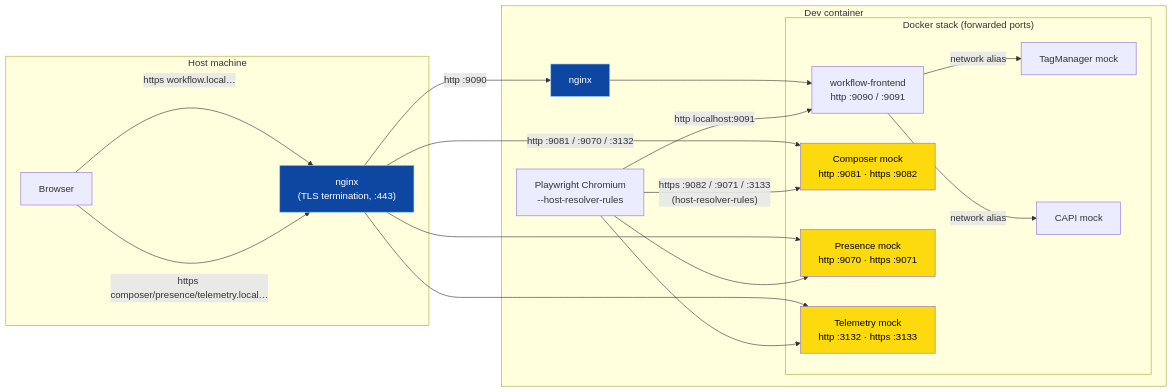
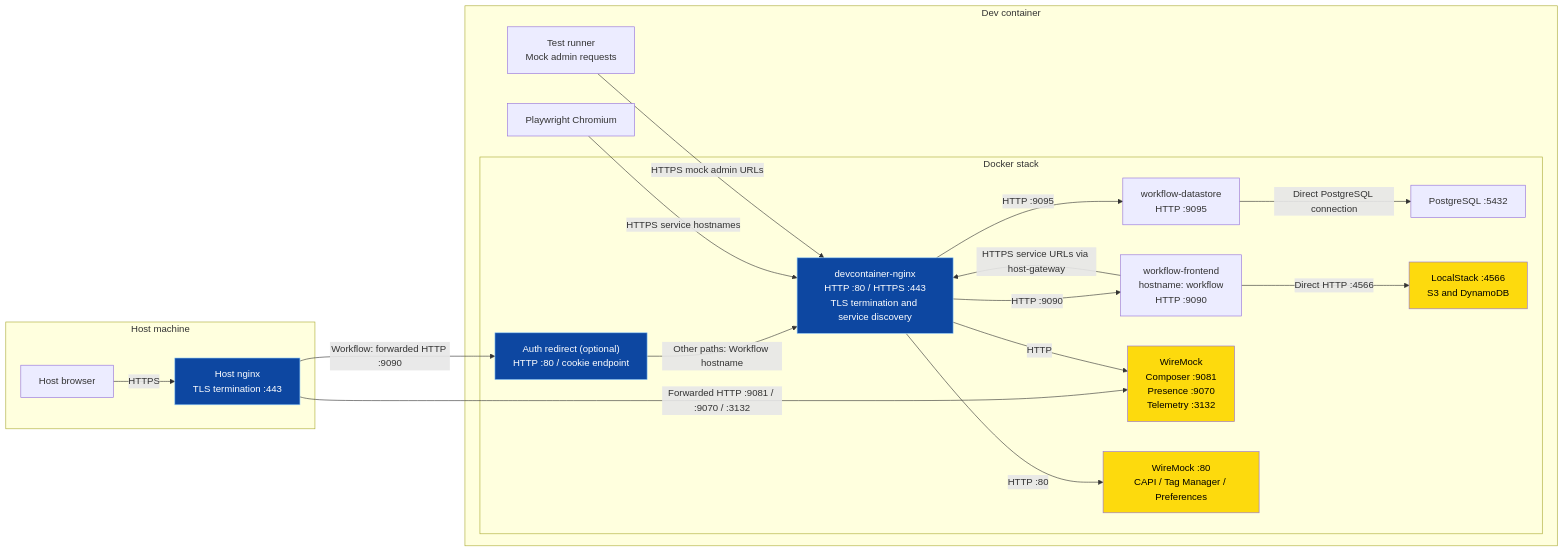
The diagram in e2e-tests/README.md (guardian/workflow-frontend), drawn with Mermaid before and after one commit. The commit also changed other lines of this file, not shown here.

````diff
--- a/e2e-tests/README.md
+++ b/e2e-tests/README.md
@@ -45,46 +52,44 @@
 ```mermaid
-graph LR
-    subgraph host["Host machine"]
-        HostBrowser["Browser"]
-        Nginx["nginx<br/>(TLS termination, :443)"]
+flowchart LR
+  subgraph host["Host machine"]
+    HostBrowser["Host browser"]
+    HostNginx["Host nginx<br/>TLS termination :443"]
+  end
+
+  subgraph devcontainer["Dev container"]
+    Chromium["Playwright Chromium"]
+    TestRunner["Test runner<br/>Mock admin requests"]
+
+    subgraph stack["Docker stack"]
+      Proxy["devcontainer-nginx<br/>HTTP :80 / HTTPS :443<br/>TLS termination and service discovery"]
+      Auth["Auth redirect (optional)<br/>HTTP :80 / cookie endpoint"]
+      Frontend["workflow-frontend<br/>hostname: workflow<br/>HTTP :9090"]
+      Datastore["workflow-datastore<br/>HTTP :9095"]
+      BrowserMocks["WireMock<br/>Composer :9081<br/>Presence :9070<br/>Telemetry :3132"]
+      ServiceMocks["WireMock :80<br/>CAPI / Tag Manager / Preferences"]
+      Postgres["PostgreSQL :5432"]
+      LocalStack["LocalStack :4566<br/>S3 and DynamoDB"]
     end
+  end
 
-    subgraph devcontainer["Dev container"]
-        Chromium["Playwright Chromium<br/>--host-resolver-rules"]
+  HostBrowser -->|"HTTPS"| HostNginx
+  HostNginx -->|"Workflow: forwarded HTTP :9090"| Auth
+  Auth -->|"Other paths: Workflow hostname"| Proxy
+  HostNginx -->|"Forwarded HTTP :9081 / :9070 / :3132"| BrowserMocks
 
-        NginxDocker["nginx"]
+  Chromium -->|"HTTPS service hostnames"| Proxy
+  TestRunner -->|"HTTPS mock admin URLs"| Proxy
+  Proxy -->|"HTTP :9090"| Frontend
+  Proxy -->|"HTTP :9095"| Datastore
+  Proxy -->|"HTTP"| BrowserMocks
+  Proxy -->|"HTTP :80"| ServiceMocks
 
-        subgraph stack["Docker stack (forwarded ports)"]
-            Frontend["workflow-frontend<br/>http :9090 / :9091"]
-            Composer["Composer mock<br/>http :9081 · https :9082"]
-            Presence["Presence mock<br/>http :9070 · https :9071"]
-            Telemetry["Telemetry mock<br/>http :3132 · https :3133"]
-            TagManager["TagManager mock"]
-            CAPI["CAPI mock"]
-        end
-    end
+  Frontend -->|"HTTPS service URLs via host-gateway"| Proxy
+  Frontend -->|"Direct HTTP :4566"| LocalStack
+  Datastore -->|"Direct PostgreSQL connection"| Postgres
 
-    %% Path 1: host browser via nginx (HTTPS in, HTTP out)
-    HostBrowser -->|"https workflow.local…"| Nginx
-    HostBrowser -->|"https composer/presence/telemetry.local…"| Nginx
-    Nginx -->|"http :9090"| NginxDocker
-    NginxDocker --> Frontend
-    Nginx -->|"http :9081 / :9070 / :3132"| Composer
-    Nginx --> Presence
-    Nginx --> Telemetry
-
-    %% Path 2: Playwright Chromium direct, resolved by host-resolver-rules
-    Chromium -->|"http localhost:9091"| Frontend
-    Chromium -->|"https :9082 / :9071 / :3133<br/>(host-resolver-rules)"| Composer
-    Chromium --> Presence
-    Chromium --> Telemetry
-
-    %% Backend route, via Docker network
-    Frontend -->|"network alias"| TagManager
-    Frontend -->|"network alias"| CAPI
-
-    classDef proxy fill:#0d47a1,stroke:#90caf9,color:#fff;
-    classDef mocked fill:#FDDA0D,color:#000;
-    class Nginx,NginxDocker proxy;
-    class Composer,Presence,Telemetry mocked;
+  classDef proxy fill:#0d47a1,stroke:#90caf9,color:#fff;
+  classDef mocked fill:#FDDA0D,color:#000;
+  class HostNginx,Proxy,Auth proxy;
+  class BrowserMocks,ServiceMocks,LocalStack mocked;
 ```
````
